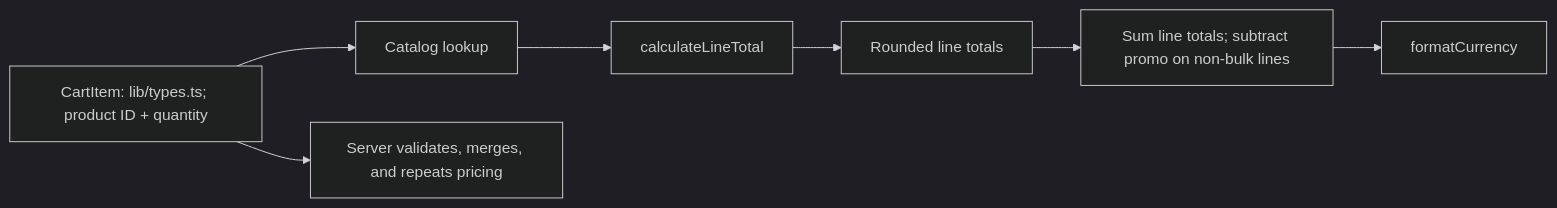
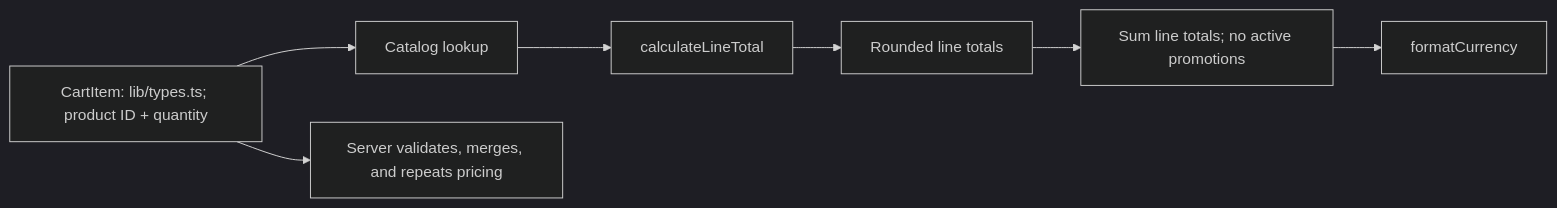
Before and after one commit to FactoryDemo/demo-storefront-practice: the diagram in droid-wiki/features/cart-pricing.md, drawn with Mermaid (dark theme). The commit also changed other lines of this file and 16 other files, not shown here.

````diff
--- a/droid-wiki/features/cart-pricing.md
+++ b/droid-wiki/features/cart-pricing.md
@@ -22,9 +22,9 @@
 ```mermaid
 graph LR
   Items["CartItem: lib/types.ts; product ID + quantity"] --> Lookup["Catalog lookup"]
   Lookup --> Line["calculateLineTotal"]
   Line --> Rounded["Rounded line totals"]
-  Rounded --> Total["Sum line totals; subtract promo on non-bulk lines"]
+  Rounded --> Total["Sum line totals; no active promotions"]
   Total --> Display["formatCurrency"]
   Items --> Server["Server validates, merges, and repeats pricing"]
 ```
````
